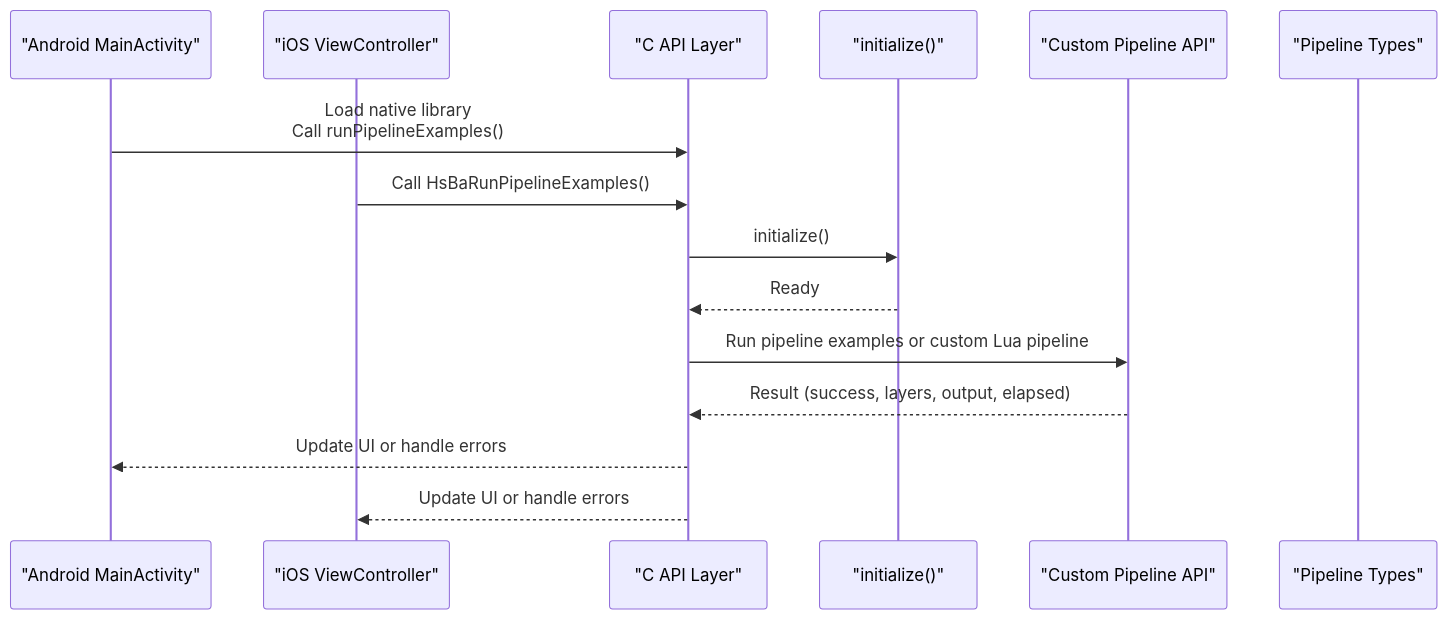
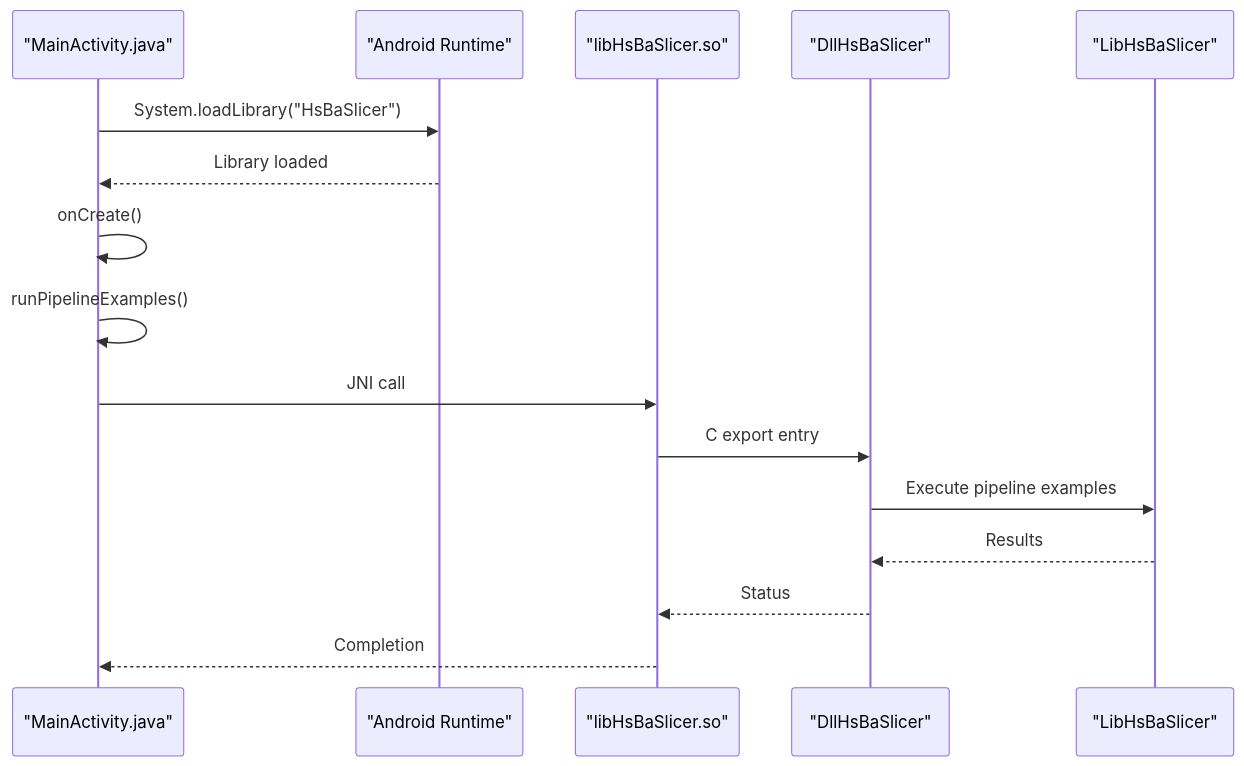
One commit to hsmbanlance/HsBaSlicer changed the third of 7 diagrams in .qoder/repowiki/en/content/Integration Guide/Mobile Platform Integration/Mobile Platform Integration.md. Above: the diagram before and after it, drawn with Mermaid. The commit also changed other lines of this file and 1095 other files, not shown here.

````diff
--- a/.qoder/repowiki/en/content/Integration Guide/Mobile Platform Integration/Mobile Platform Integration.md
+++ b/.qoder/repowiki/en/content/Integration Guide/Mobile Platform Integration/Mobile Platform Integration.md
@@ -119,17 +157,18 @@
 ```mermaid
 sequenceDiagram
-participant Android as "Android MainActivity"
-participant iOS as "iOS ViewController"
-participant Bridge as "C API Layer"
-participant Init as "initialize()"
-participant Custom as "Custom Pipeline API"
-participant Types as "Pipeline Types"
-Android->>Bridge : Load native library<br/>Call runPipelineExamples()
-iOS->>Bridge : Call HsBaRunPipelineExamples()
-Bridge->>Init : initialize()
-Init-->>Bridge : Ready
-Bridge->>Custom : Run pipeline examples or custom Lua pipeline
-Custom-->>Bridge : Result (success, layers, output, elapsed)
-Bridge-->>Android : Update UI or handle errors
-Bridge-->>iOS : Update UI or handle errors
+participant Activity as "MainActivity.java"
+participant JVM as "Android Runtime"
+participant Native as "libHsBaSlicer.so"
+participant Export as "DllHsBaSlicer"
+participant Core as "LibHsBaSlicer"
+Activity->>JVM : System.loadLibrary("HsBaSlicer")
+JVM-->>Activity : Library loaded
+Activity->>Activity : onCreate()
+Activity->>Activity : runPipelineExamples()
+Activity->>Native : JNI call
+Native->>Export : C export entry
+Export->>Core : Execute pipeline examples
+Core-->>Export : Results
+Export-->>Native : Status
+Native-->>Activity : Completion
 ```
````
